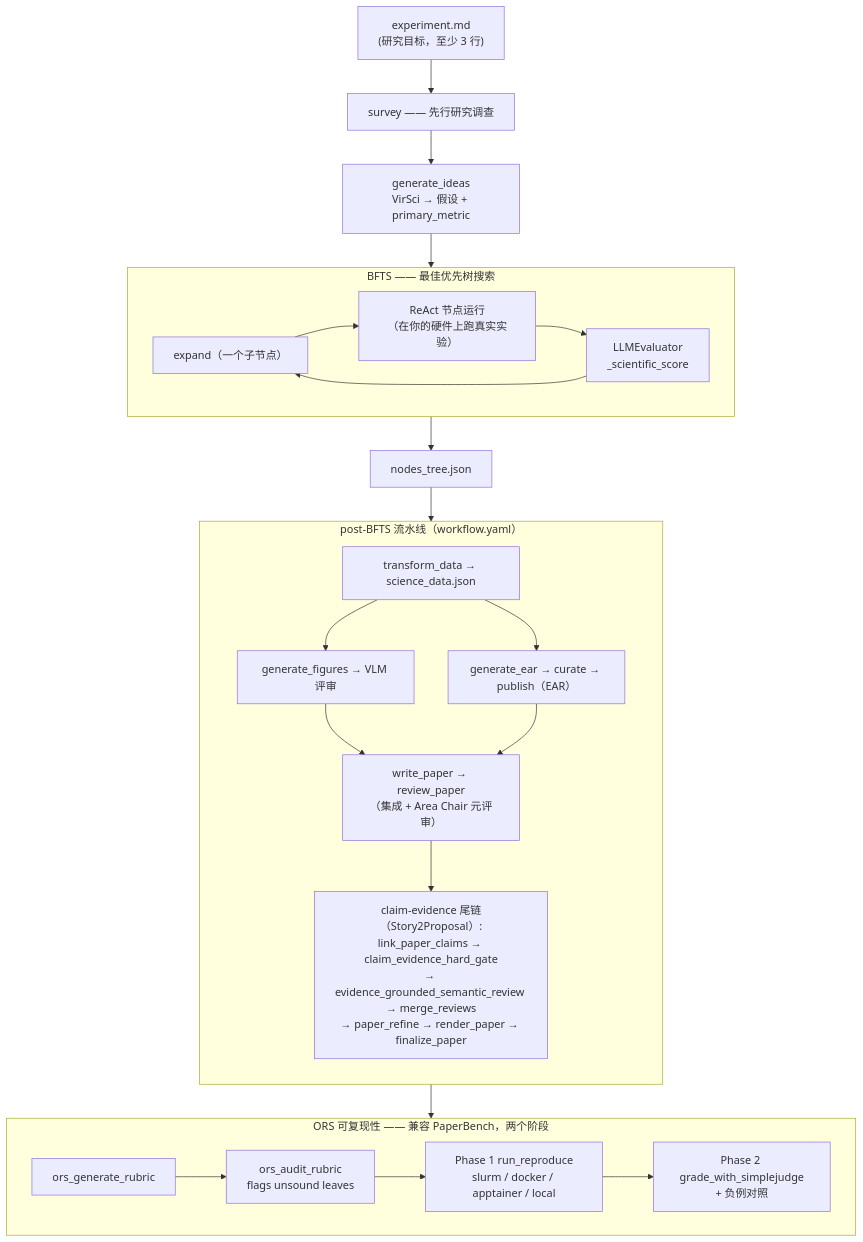
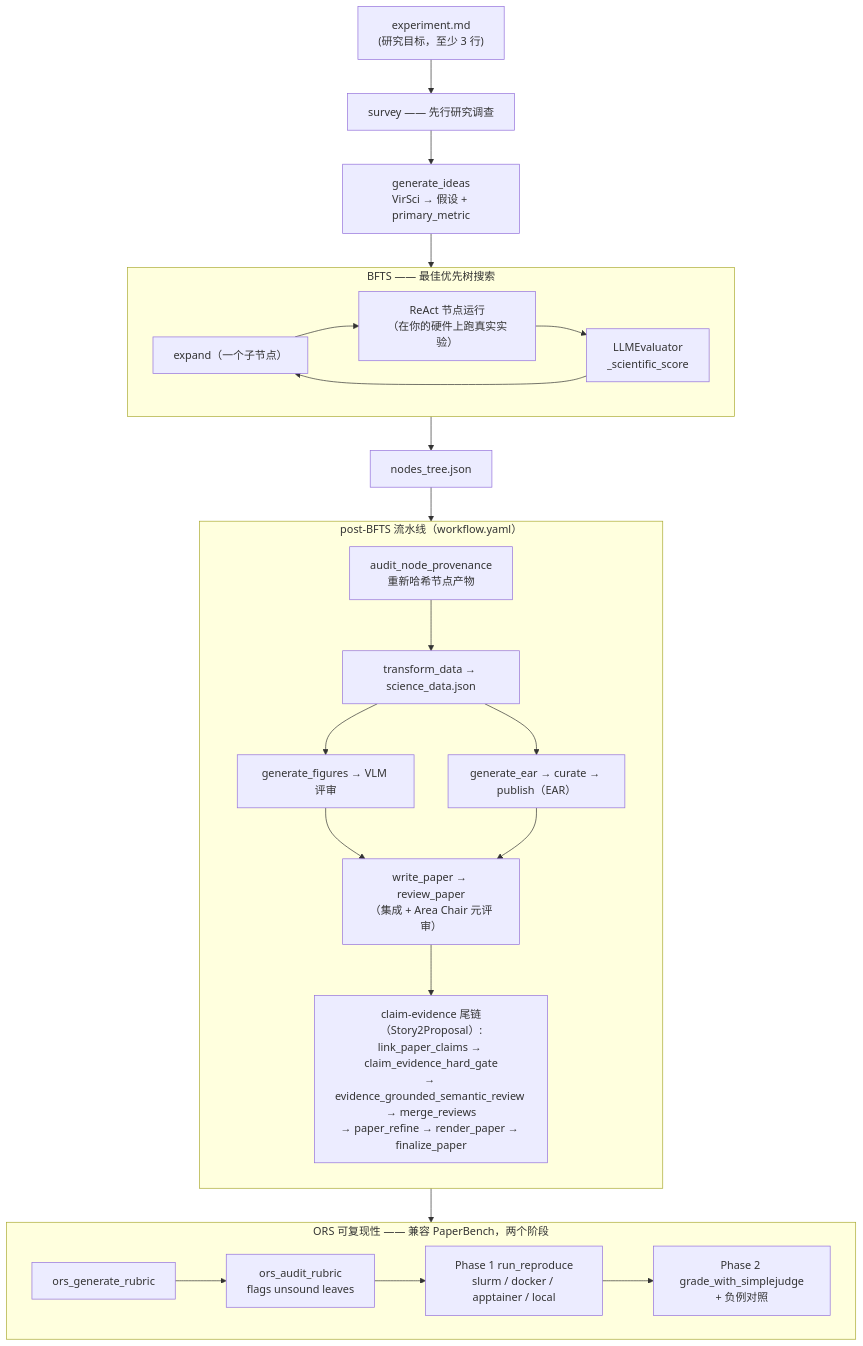
Before and after one commit to kotama7/ARI: the diagram in docs/zh/concepts/architecture.md, drawn with Mermaid. The commit also changed other lines of this file and 381 other files, not shown here.

````diff
--- a/docs/zh/concepts/architecture.md
+++ b/docs/zh/concepts/architecture.md
@@ -62,41 +62,43 @@
 ```mermaid
 flowchart TB
     exp["experiment.md<br/>(研究目标，至少 3 行)"]
     exp --> survey["survey —— 先行研究调查"]
     survey --> ideas["generate_ideas<br/>VirSci → 假设 + primary_metric"]
     ideas --> bfts
 
     subgraph bfts["BFTS —— 最佳优先树搜索"]
         direction LR
         expand["expand（一个子节点）"] --> run["ReAct 节点运行<br/>（在你的硬件上跑真实实验）"]
         run --> eval["LLMEvaluator<br/>_scientific_score"]
         eval --> expand
     end
 
     bfts --> tree["nodes_tree.json"]
 
     subgraph post["post-BFTS 流水线（workflow.yaml）"]
         direction TB
+        provenance["audit_node_provenance<br/>重新哈希节点产物"]
         transform["transform_data → science_data.json"]
         figures["generate_figures → VLM 评审"]
         paper["write_paper → review_paper<br/>（集成 + Area Chair 元评审）"]
         claimtail["claim-evidence 尾链（Story2Proposal）:<br/>link_paper_claims → claim_evidence_hard_gate<br/>→ evidence_grounded_semantic_review → merge_reviews<br/>→ paper_refine → render_paper → finalize_paper"]
         ear["generate_ear → curate → publish（EAR）"]
+        provenance --> transform
         transform --> figures
         transform --> ear
         figures --> paper
         ear --> paper
         paper --> claimtail
     end
 
     tree --> post
 
     subgraph ors["ORS 可复现性 —— 兼容 PaperBench，两个阶段"]
         direction LR
         rubric["ors_generate_rubric"] --> audit["ors_audit_rubric<br/>flags unsound leaves"]
         audit --> p1["Phase 1 run_reproduce<br/>slurm / docker / apptainer / local"]
         p1 --> p2["Phase 2 grade_with_simplejudge<br/>+ 负例对照"]
     end
 
     post --> ors
 ```
````
